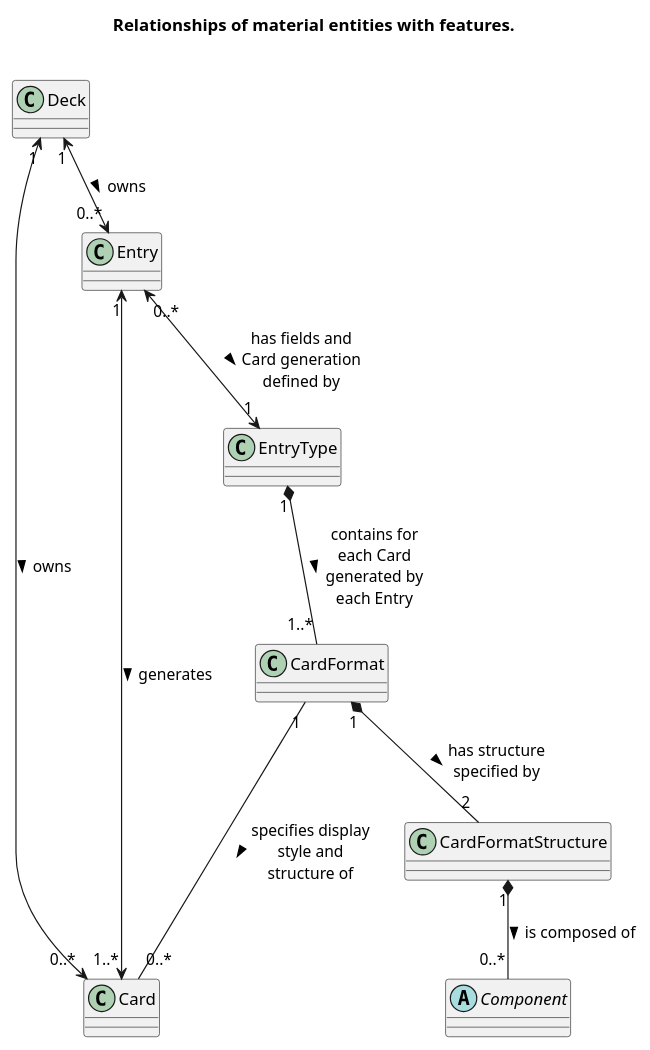
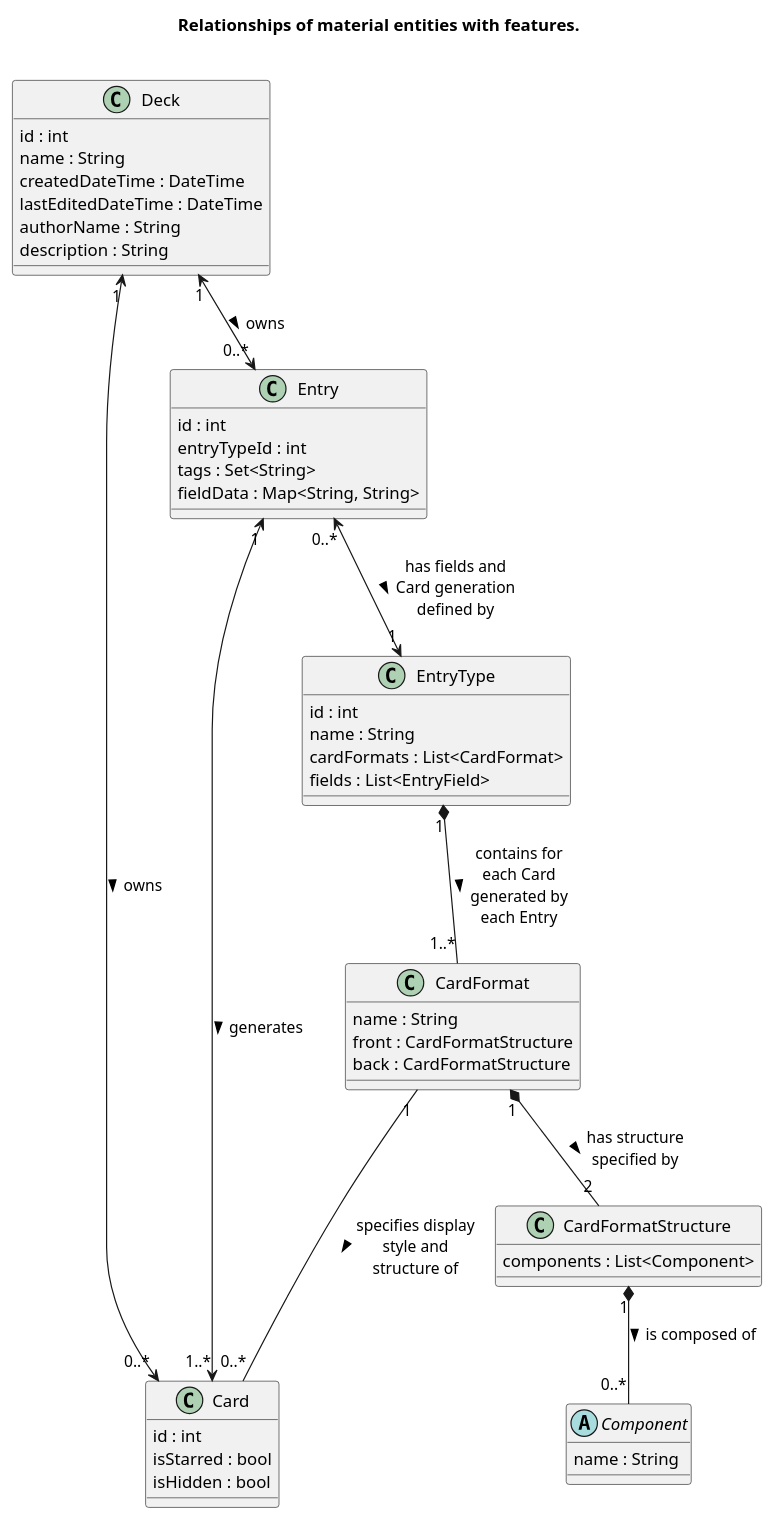
The diagram in puml/material.puml (cervonwong/sona-flutter), drawn with PlantUML before and after one commit.

Commit message:
Docs(puml): Include fields of initial revision

```diff
--- a/puml/material.puml
+++ b/puml/material.puml
@@ -1,28 +1,57 @@
 @startuml
 
 skinparam maxMessageSize 100
 skinparam shadowing false
 
 title Relationships of material entities with features.\n
 
-class Card
-class Entry
-class Deck
+class Card {
+	id : int
+	isStarred : bool
+	isHidden : bool
+}
+class Entry {
+	id : int
+	entryTypeId : int
+	tags : Set<String>
+	fieldData : Map<String, String>
+}
+class Deck {
+	id : int
+	name : String
+	createdDateTime : DateTime
+	lastEditedDateTime : DateTime
+	authorName : String
+	description : String
+}
 
 Deck "1" <--> "0..*" Entry : owns >
 Entry "1" <--> "1..*" Card : generates >
 Deck "1" <--> "0..*" Card : owns >
 
-class EntryType
-class CardFormat
-class CardFormatStructure
-abstract class Component
+class EntryType {
+	id : int
+	name : String
+	cardFormats : List<CardFormat>
+	fields : List<EntryField>
+}
+class CardFormat {
+	name : String
+	front : CardFormatStructure
+	back : CardFormatStructure
+}
+class CardFormatStructure {
+	components : List<Component>
+}
+abstract class Component {
+	name : String
+}
 
 Entry "0..*" <--> "1" EntryType : has fields and Card generation defined by >
 EntryType "1" *-- "1..*" CardFormat : contains for each Card generated by each Entry >
 CardFormat "1" --- "0..*" Card : specifies display style and structure of >
 
 CardFormat "1" *-- "2" CardFormatStructure : has structure specified by >
 CardFormatStructure "1" *-- "0..*" Component : is composed of >
 
 @enduml
```
